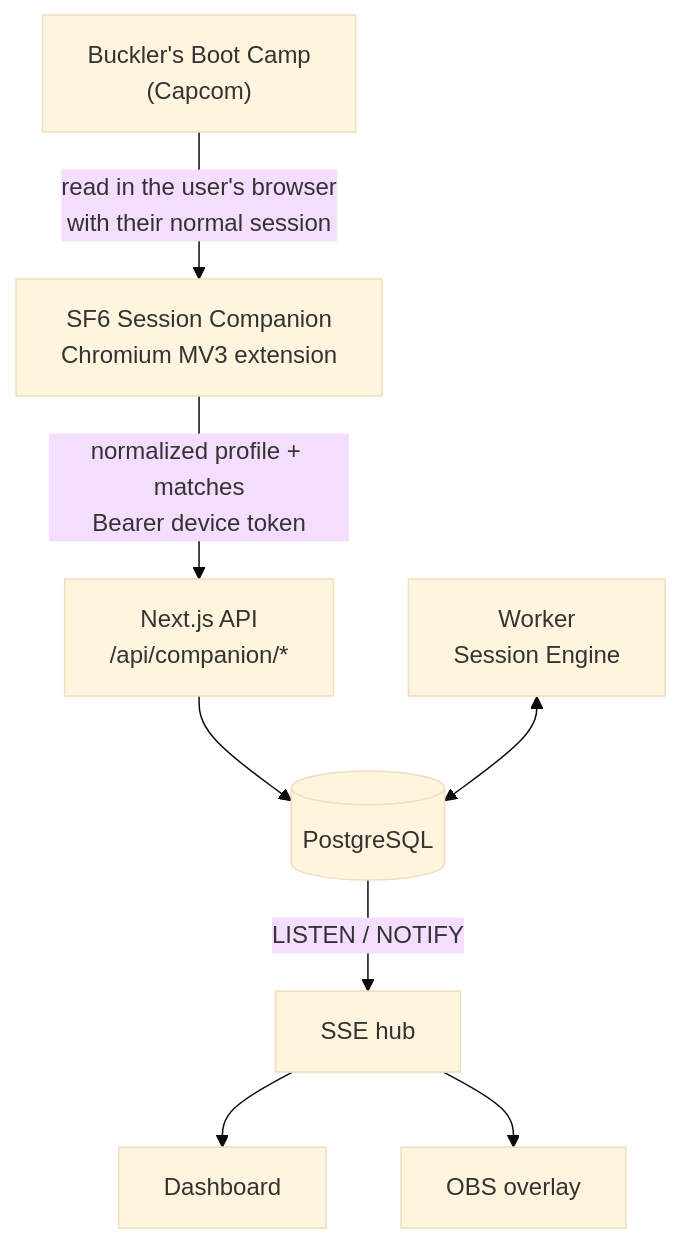
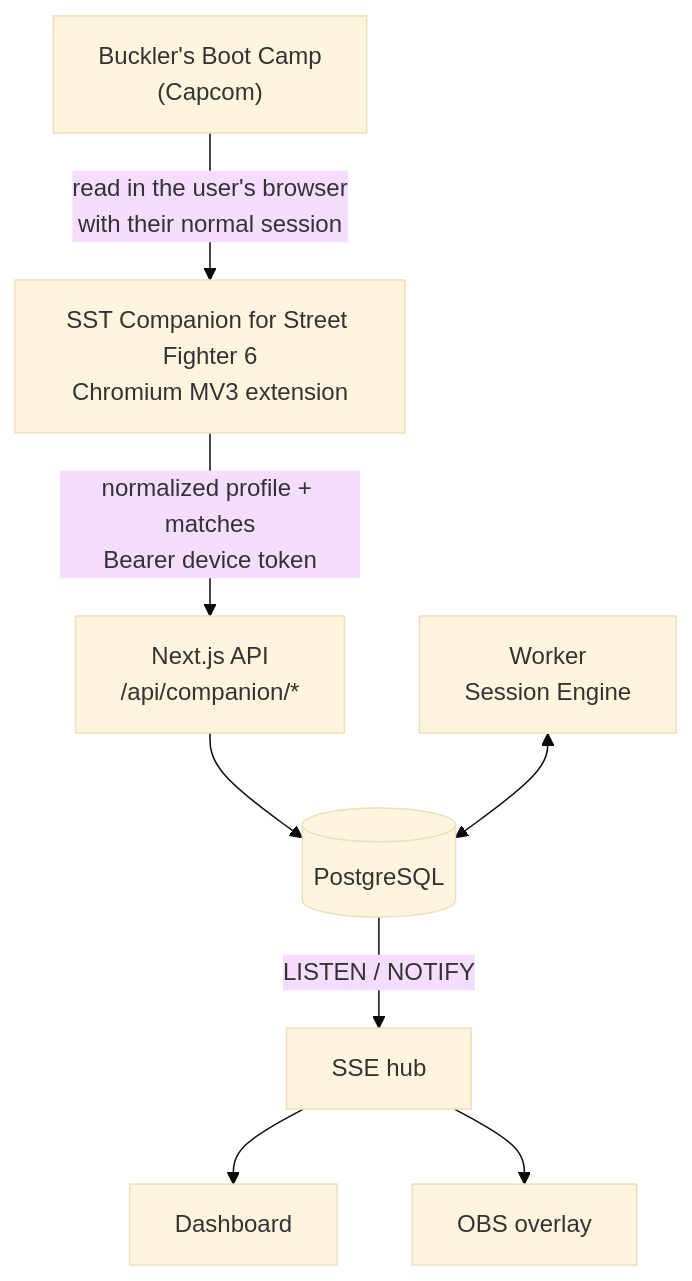
One commit to SRGarciaVel/sf6-session-tracker changed the diagram in README.md. Above: the diagram before and after it, drawn with Mermaid (base theme). The commit also changed other lines of this file and 9 other files, not shown here.

````diff
--- a/README.md
+++ b/README.md
@@ -97,10 +100,10 @@
 ```mermaid
 flowchart TD
-    B["Buckler's Boot Camp<br/>(Capcom)"] -->|"read in the user's browser<br/>with their normal session"| C["SF6 Session Companion<br/>Chromium MV3 extension"]
+    B["Buckler's Boot Camp<br/>(Capcom)"] -->|"read in the user's browser<br/>with their normal session"| C["SST Companion for Street Fighter 6<br/>Chromium MV3 extension"]
     C -->|"normalized profile + matches<br/>Bearer device token"| API["Next.js API<br/>/api/companion/*"]
     API --> DB[("PostgreSQL")]
     W["Worker<br/>Session Engine"] <--> DB
     DB -->|"LISTEN / NOTIFY"| SSE["SSE hub"]
     SSE --> D["Dashboard"]
     SSE --> O["OBS overlay"]
 ```
````
